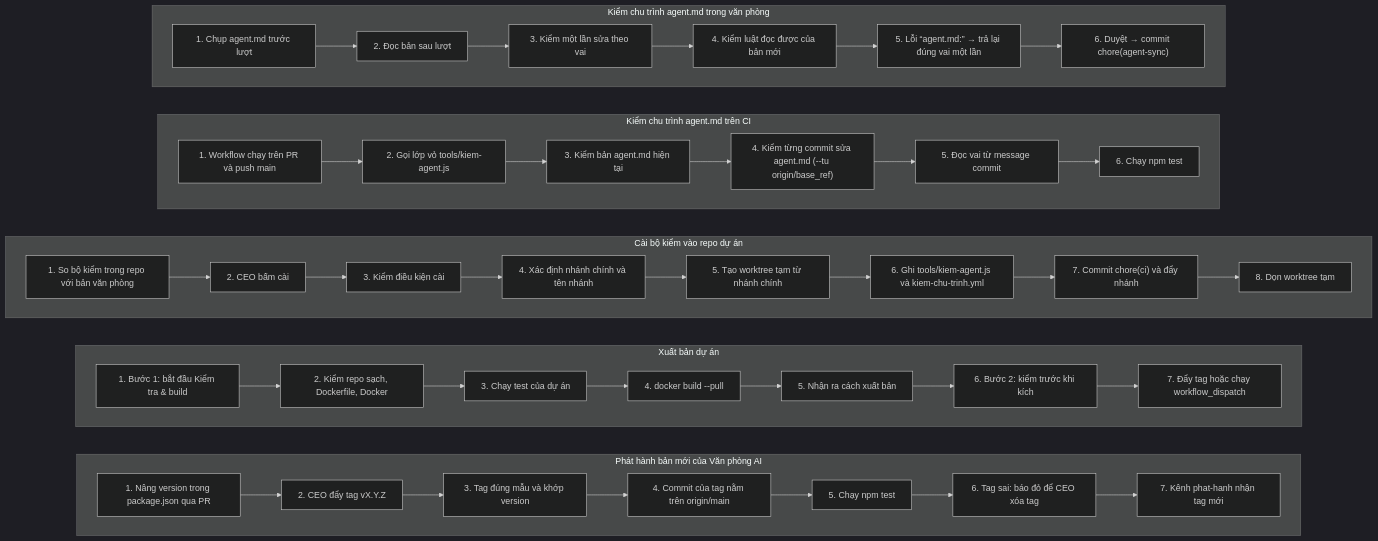
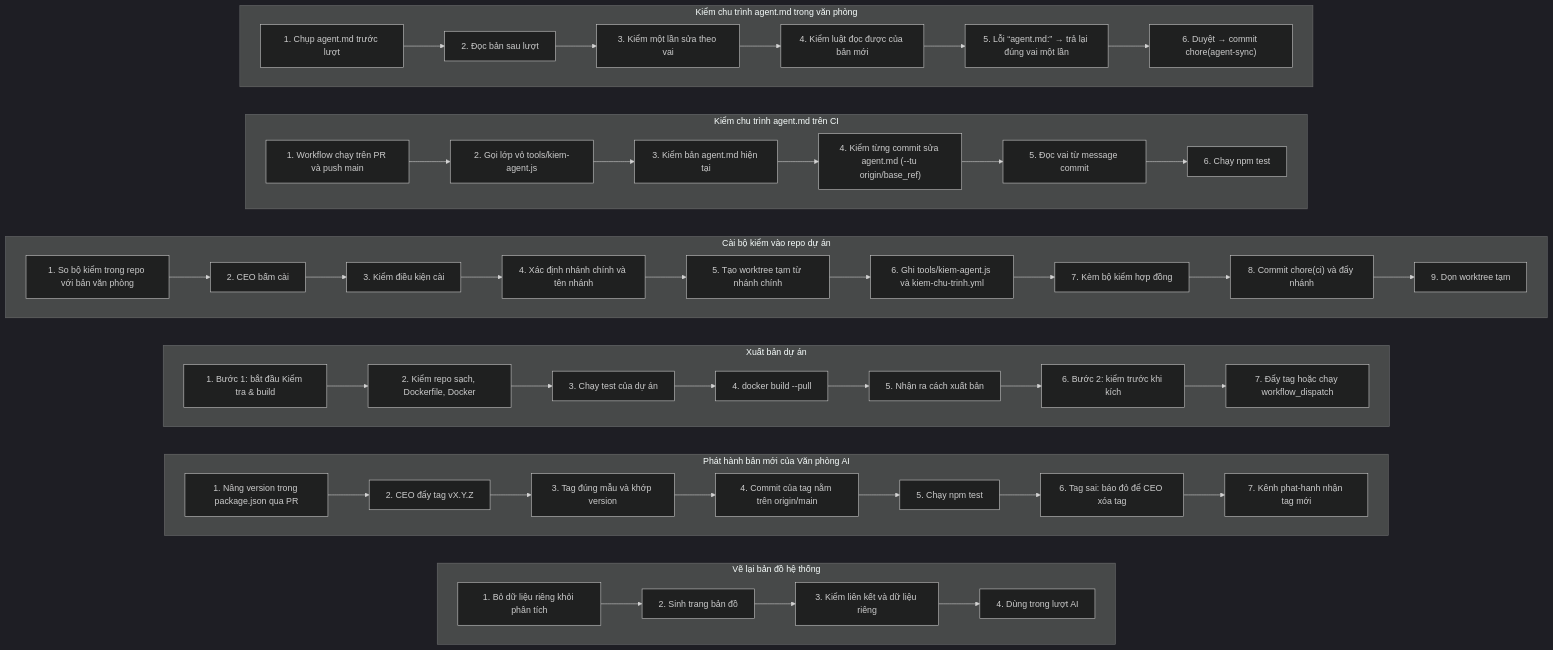
One commit to Thequancute215-sys/V-n-ph-ng-ch-nh-ph- changed the tenth of 11 diagrams in docs/BAN-DO-HE-THONG.md. Above: the diagram before and after it, drawn with Mermaid (dark theme). The commit also changed other lines of this file and 6 other files, not shown here.

First line of the commit message:
Vẽ lại toàn bộ bản đồ hệ thống: điện thoại, skill, MCP trên máy, hợp đồng, song song

````diff
--- a/docs/BAN-DO-HE-THONG.md
+++ b/docs/BAN-DO-HE-THONG.md
@@ -1121,14 +1518,16 @@
     step_cai_bo_kiem_dat_ten_nhanh["4. Xác định nhánh chính và tên nhánh"]
     step_cai_bo_kiem_worktree_tam["5. Tạo worktree tạm từ nhánh chính"]
     step_cai_bo_kiem_ghi_hai_file["6. Ghi tools/kiem-agent.js và kiem-chu-trinh.yml"]
-    step_cai_bo_kiem_commit_day["7. Commit chore(ci) và đẩy nhánh"]
-    step_cai_bo_kiem_don_dep["8. Dọn worktree tạm"]
+    step_cai_bo_kiem_kiem_hop_dong["7. Kèm bộ kiểm hợp đồng"]
+    step_cai_bo_kiem_commit_day["8. Commit chore(ci) và đẩy nhánh"]
+    step_cai_bo_kiem_don_dep["9. Dọn worktree tạm"]
     step_cai_bo_kiem_trang_thai --> step_cai_bo_kiem_bam_cai
     step_cai_bo_kiem_bam_cai --> step_cai_bo_kiem_kiem_dieu_kien
     step_cai_bo_kiem_kiem_dieu_kien --> step_cai_bo_kiem_dat_ten_nhanh
     step_cai_bo_kiem_dat_ten_nhanh --> step_cai_bo_kiem_worktree_tam
     step_cai_bo_kiem_worktree_tam --> step_cai_bo_kiem_ghi_hai_file
-    step_cai_bo_kiem_ghi_hai_file --> step_cai_bo_kiem_commit_day
+    step_cai_bo_kiem_ghi_hai_file --> step_cai_bo_kiem_kiem_hop_dong
+    step_cai_bo_kiem_kiem_hop_dong --> step_cai_bo_kiem_commit_day
     step_cai_bo_kiem_commit_day --> step_cai_bo_kiem_don_dep
   end
   subgraph flow_xuat_ban_du_an["Xuất bản dự án"]
@@ -1163,8 +1562,19 @@
     step_phat_hanh_app_chay_test --> step_phat_hanh_app_tag_sai
     step_phat_hanh_app_tag_sai --> step_phat_hanh_app_kenh_nhan
   end
+  subgraph flow_ve_ban_do["Vẽ lại bản đồ hệ thống"]
+    direction LR
+    step_ve_ban_do_bo_qua["1. Bỏ dữ liệu riêng khỏi phân tích"]
+    step_ve_ban_do_sinh["2. Sinh trang bản đồ"]
+    step_ve_ban_do_kiem["3. Kiểm liên kết và dữ liệu riêng"]
+    step_ve_ban_do_muc_luc["4. Dùng trong lượt AI"]
+    step_ve_ban_do_bo_qua --> step_ve_ban_do_sinh
+    step_ve_ban_do_sinh --> step_ve_ban_do_kiem
+    step_ve_ban_do_kiem --> step_ve_ban_do_muc_luc
+  end
   flow_kiem_chu_trinh ~~~ flow_kiem_chu_trinh_ci
   flow_kiem_chu_trinh_ci ~~~ flow_cai_bo_kiem
   flow_cai_bo_kiem ~~~ flow_xuat_ban_du_an
   flow_xuat_ban_du_an ~~~ flow_phat_hanh_app
+  flow_phat_hanh_app ~~~ flow_ve_ban_do
 ```
````
